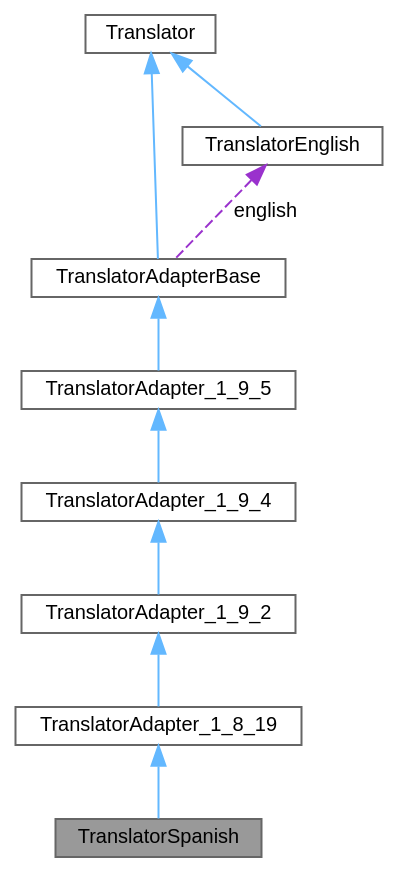
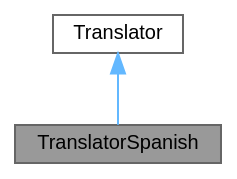
One commit to tim-gromeyer/doxygen changed the diagram in d7/d4b/class_translator_spanish__coll__graph.dot. Above: the diagram before and after it, drawn with Graphviz. The commit also changed 104 other files, not shown here.

```diff
--- a/d7/d4b/class_translator_spanish__coll__graph.dot
+++ b/d7/d4b/class_translator_spanish__coll__graph.dot
@@ -1,24 +1,11 @@
 digraph "TranslatorSpanish"
 {
  // INTERACTIVE_SVG=YES
  // LATEX_PDF_SIZE
   bgcolor="transparent";
   edge [fontname=Helvetica,fontsize=10,labelfontname=Helvetica,labelfontsize=10];
   node [fontname=Helvetica,fontsize=10,shape=box,height=0.2,width=0.4];
   Node1 [label="TranslatorSpanish",height=0.2,width=0.4,color="gray40", fillcolor="grey60", style="filled", fontcolor="black",tooltip=" "];
   Node2 -> Node1 [dir="back",color="steelblue1",style="solid"];
-  Node2 [label="TranslatorAdapter_1_8_19",height=0.2,width=0.4,color="gray40", fillcolor="white", style="filled",URL="$de/dde/class_translator_adapter__1__8__19.html",tooltip=" "];
-  Node3 -> Node2 [dir="back",color="steelblue1",style="solid"];
-  Node3 [label="TranslatorAdapter_1_9_2",height=0.2,width=0.4,color="gray40", fillcolor="white", style="filled",URL="$d3/d2e/class_translator_adapter__1__9__2.html",tooltip=" "];
-  Node4 -> Node3 [dir="back",color="steelblue1",style="solid"];
-  Node4 [label="TranslatorAdapter_1_9_4",height=0.2,width=0.4,color="gray40", fillcolor="white", style="filled",URL="$d0/d33/class_translator_adapter__1__9__4.html",tooltip=" "];
-  Node5 -> Node4 [dir="back",color="steelblue1",style="solid"];
-  Node5 [label="TranslatorAdapter_1_9_5",height=0.2,width=0.4,color="gray40", fillcolor="white", style="filled",URL="$dd/dba/class_translator_adapter__1__9__5.html",tooltip=" "];
-  Node6 -> Node5 [dir="back",color="steelblue1",style="solid"];
-  Node6 [label="TranslatorAdapterBase",height=0.2,width=0.4,color="gray40", fillcolor="white", style="filled",URL="$db/d6c/class_translator_adapter_base.html",tooltip="Base of the translator adapter tree."];
-  Node7 -> Node6 [dir="back",color="steelblue1",style="solid"];
-  Node7 [label="Translator",height=0.2,width=0.4,color="gray40", fillcolor="white", style="filled",URL="$d8/dfb/class_translator.html",tooltip="Abstract base class for all translatable text fragments."];
-  Node8 -> Node6 [dir="back",color="darkorchid3",style="dashed",label=" english" ];
-  Node8 [label="TranslatorEnglish",height=0.2,width=0.4,color="gray40", fillcolor="white", style="filled",URL="$d6/d78/class_translator_english.html",tooltip=" "];
-  Node7 -> Node8 [dir="back",color="steelblue1",style="solid"];
+  Node2 [label="Translator",height=0.2,width=0.4,color="gray40", fillcolor="white", style="filled",URL="$d8/dfb/class_translator.html",tooltip="Abstract base class for all translatable text fragments."];
 }
```
